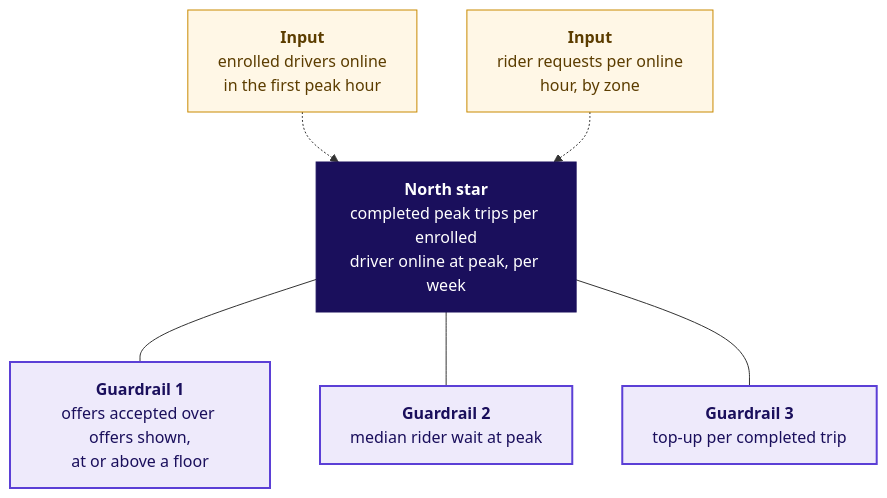
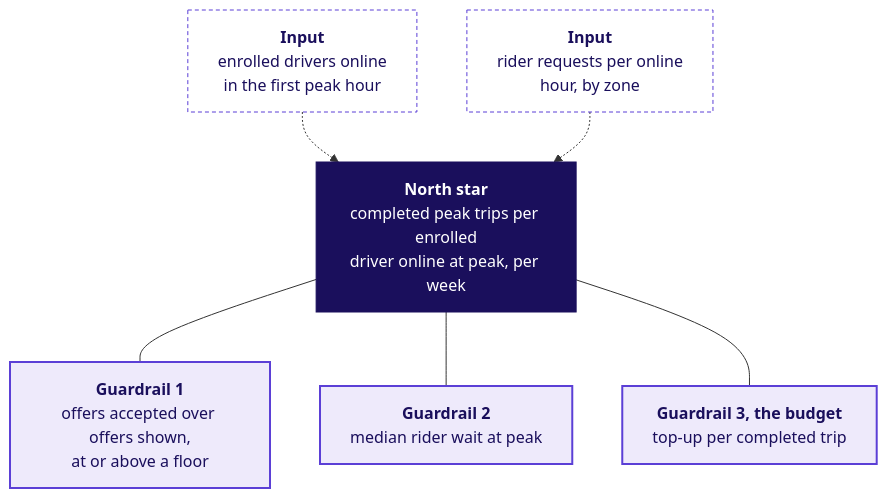
One commit to fde-academy-lab/c2-content-factory changed the ninth of 12 diagrams in content/W04/D1/whiteboards/C2_W04_D01_board_work_STUDENT.md. Above: the diagram before and after it, drawn with Mermaid. The commit also changed other lines of this file and 8 other files, not shown here.

````diff
--- a/content/W04/D1/whiteboards/C2_W04_D01_board_work_STUDENT.md
+++ b/content/W04/D1/whiteboards/C2_W04_D01_board_work_STUDENT.md
@@ -217,20 +217,20 @@
 ```mermaid
 flowchart TD
     N["<b>North star</b><br/>completed peak trips per enrolled<br/>driver online at peak, per week"]
     G1["<b>Guardrail 1</b><br/>offers accepted over offers shown,<br/>at or above a floor"]
     G2["<b>Guardrail 2</b><br/>median rider wait at peak"]
-    G3["<b>Guardrail 3</b><br/>top-up per completed trip"]
+    G3["<b>Guardrail 3, the budget</b><br/>top-up per completed trip"]
     L1["<b>Input</b><br/>enrolled drivers online<br/>in the first peak hour"]
     L2["<b>Input</b><br/>rider requests per online<br/>hour, by zone"]
     N --- G1
     N --- G2
     N --- G3
     L1 -.-> N
     L2 -.-> N
     classDef lit fill:#1A0F5C,stroke:#1A0F5C,color:#FFFFFF
     classDef known fill:#EEEAFB,stroke:#5B3FD6,color:#1A0F5C,stroke-width:2px
-    classDef kalpa fill:#FFF7E6,stroke:#C98A00,color:#5C3D00
+    classDef input fill:#FFFFFF,stroke:#5B3FD6,color:#1A0F5C,stroke-dasharray:4 3
     class N lit
     class G1,G2,G3 known
-    class L1,L2 kalpa
+    class L1,L2 input
 ```
````
